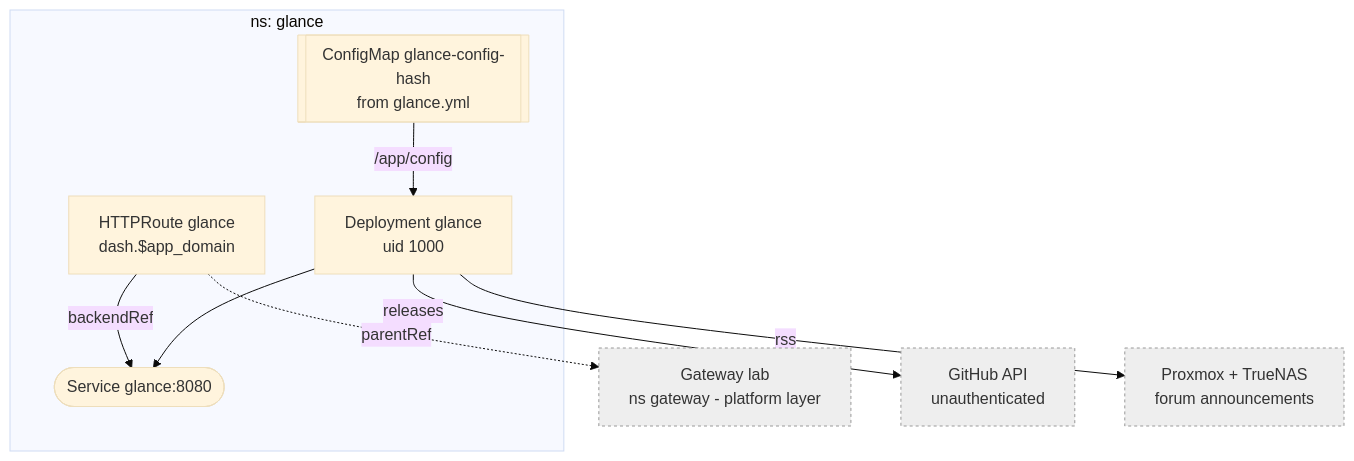
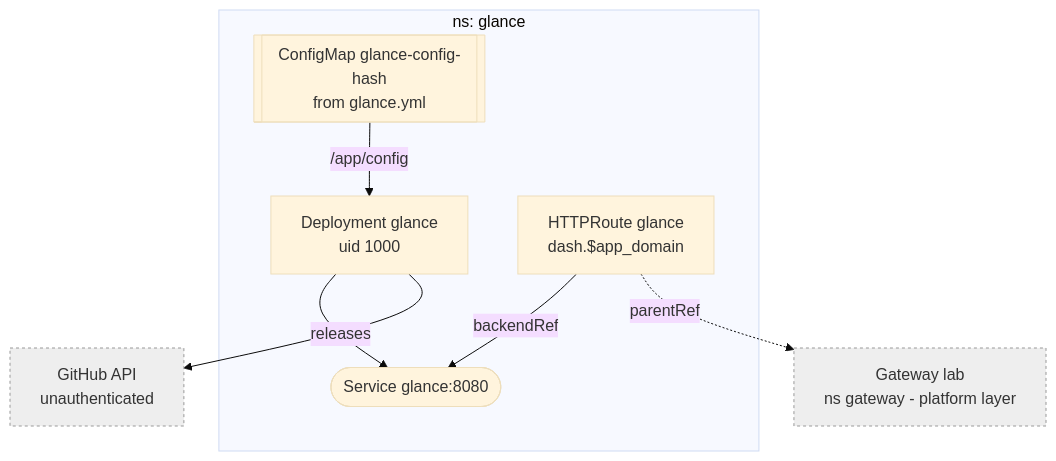
The diagram in docs/glance.md (Sojamann/homelab-apps), drawn with Mermaid (base theme) before and after one commit. The commit also changed other lines of this file and 1 other file, not shown here.

Commit message:
glance: drop the noisy proxmox/truenas rss feed

````diff
--- a/docs/glance.md
+++ b/docs/glance.md
@@ -7,17 +7,16 @@
 ```mermaid
 graph TD
   subgraph gl["ns: glance"]
     CM[["ConfigMap glance-config-hash<br/>from glance.yml"]]
     SRV["Deployment glance<br/>uid 1000"]
     SRV --> SVC(["Service glance:8080"])
     CM -->|/app/config| SRV
     RT["HTTPRoute glance<br/>dash.$app_domain"] -->|backendRef| SVC
   end
 
   RT -.->|parentRef| GW["Gateway lab<br/>ns gateway - platform layer"]
   SRV -->|releases| GH["GitHub API<br/>unauthenticated"]
-  SRV -->|rss| FEEDS["Proxmox + TrueNAS<br/>forum announcements"]
 
   classDef ext fill:#eee,stroke:#999,stroke-dasharray:3 3;
-  class GW,GH,FEEDS ext;
+  class GW,GH ext;
 ```
````
